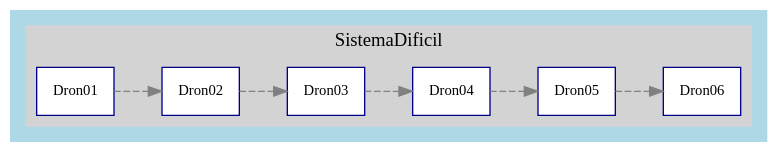
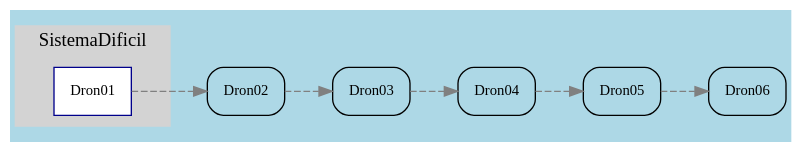
Before and after one commit to JimH0202/-IPC2-_-Proyecto-2_-202303768: the diagram in Backend/Graphviz/graphviz_general.dot, drawn with Graphviz. The commit also changed 37 other files, not shown here.

```diff
--- a/Backend/Graphviz/graphviz_general.dot
+++ b/Backend/Graphviz/graphviz_general.dot
@@ -1,22 +1,17 @@
 digraph Drones {
   rankdir=LR;
   node [shape=box, style=rounded, fontsize=11];
   graph [bgcolor=lightblue];
   subgraph cluster_0 {
     label="SistemaDificil";
     style=filled;
     color=lightgrey;
     node [style=filled, fillcolor=white, color=darkblue];
     "Dron01";
-    "Dron02";
-    "Dron03";
-    "Dron04";
-    "Dron05";
-    "Dron06";
   }
   "Dron01" -> "Dron02" [style=dashed, color=gray];
   "Dron02" -> "Dron03" [style=dashed, color=gray];
   "Dron03" -> "Dron04" [style=dashed, color=gray];
   "Dron04" -> "Dron05" [style=dashed, color=gray];
   "Dron05" -> "Dron06" [style=dashed, color=gray];
 }
```
